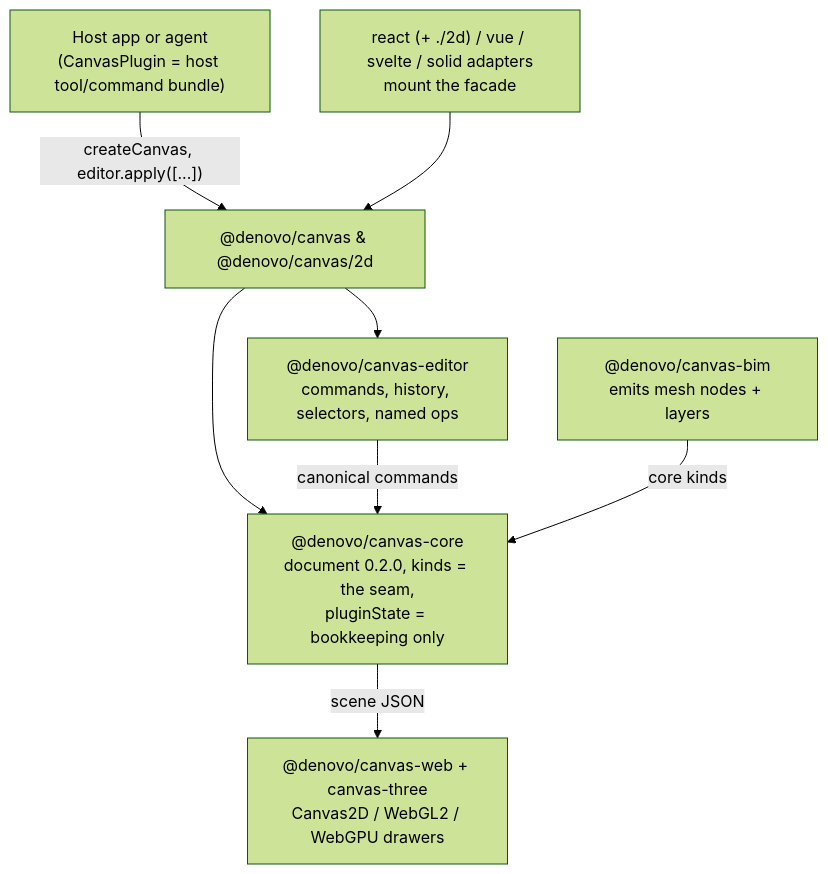
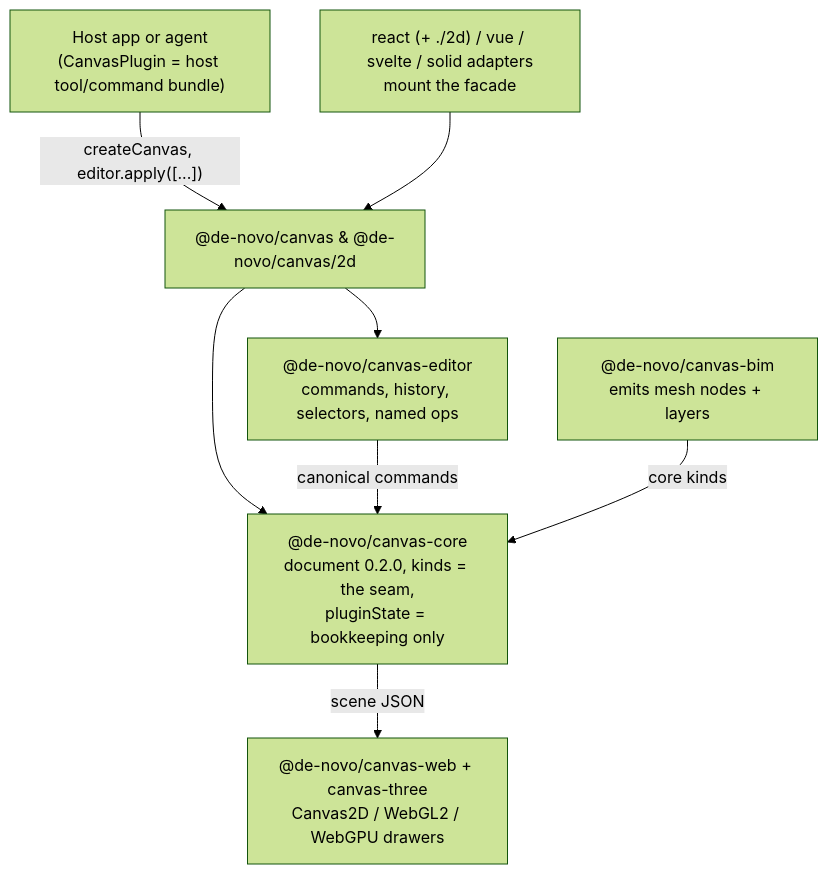
The diagram in README.md (de-novo/canvas), drawn with Mermaid (forest theme) before and after one commit. The commit also changed other lines of this file and 314 other files, not shown here.

First line of the commit message:
Cut v0.2.0 under @de-novo/* with 2D UI styles, gutter routing, image kind, and WebGPU atlas LOD.

````diff
--- a/README.md
+++ b/README.md
@@ -326,17 +326,17 @@
 ```mermaid
 flowchart TD
   Host["Host app or agent<br/>(CanvasPlugin = host tool/command bundle)"]
-  Facade["@denovo/canvas & @denovo/canvas/2d"]
-  Core["@denovo/canvas-core<br/>document 0.2.0, kinds = the seam,<br/>pluginState = bookkeeping only"]
-  Editor["@denovo/canvas-editor<br/>commands, history, selectors, named ops"]
-  Runtime["@denovo/canvas-web + canvas-three<br/>Canvas2D / WebGL2 / WebGPU drawers"]
-  Bim["@denovo/canvas-bim<br/>emits mesh nodes + layers"]
+  Facade["@de-novo/canvas & @de-novo/canvas/2d"]
+  Core["@de-novo/canvas-core<br/>document 0.2.0, kinds = the seam,<br/>pluginState = bookkeeping only"]
+  Editor["@de-novo/canvas-editor<br/>commands, history, selectors, named ops"]
+  Runtime["@de-novo/canvas-web + canvas-three<br/>Canvas2D / WebGL2 / WebGPU drawers"]
+  Bim["@de-novo/canvas-bim<br/>emits mesh nodes + layers"]
   Adapters["react (+ ./2d) / vue / svelte / solid adapters<br/>mount the facade"]
   Host -->|"createCanvas, editor.apply([...])"| Facade
   Facade --> Core
   Facade --> Editor
   Editor -->|"canonical commands"| Core
   Core -->|"scene JSON"| Runtime
   Bim -->|"core kinds"| Core
   Adapters --> Facade
 ```
````
